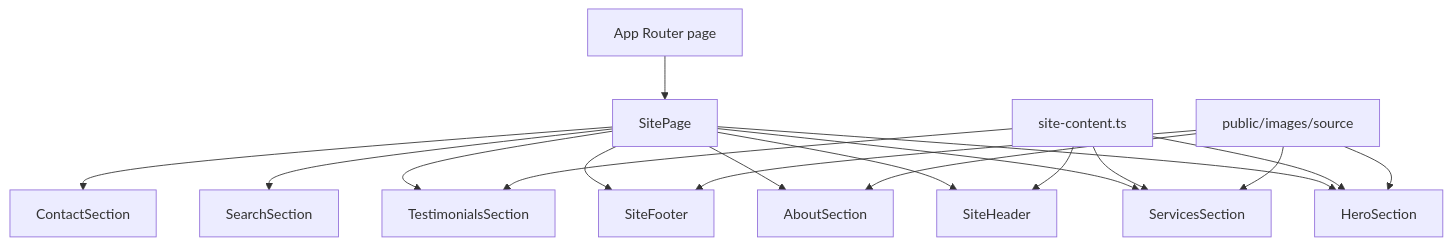
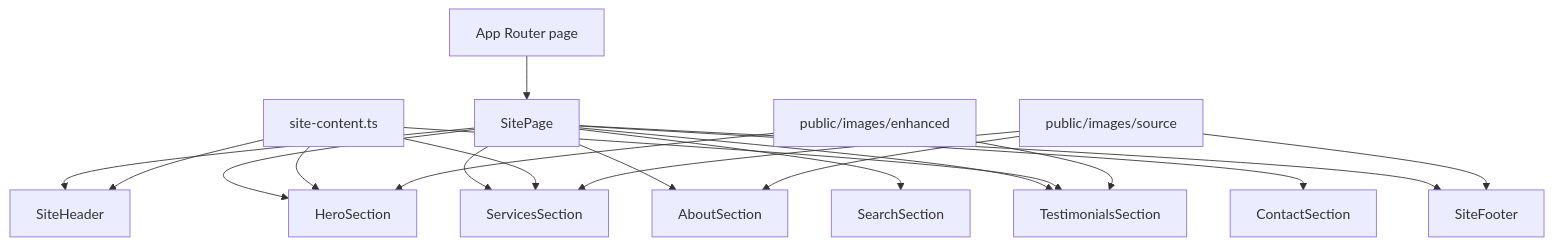
The first of 2 diagrams in README.md (futurehelp/tramco), drawn with Mermaid before and after one commit. The commit also changed other lines of this file and 13 other files, not shown here.

````diff
--- a/README.md
+++ b/README.md
@@ -18,20 +21,21 @@
 ```mermaid
 flowchart TD
   Route[App Router page] --> Composition[SitePage]
   Composition --> Header[SiteHeader]
   Composition --> Hero[HeroSection]
   Composition --> Services[ServicesSection]
   Composition --> About[AboutSection]
   Composition --> Search[SearchSection]
   Composition --> Testimonials[TestimonialsSection]
   Composition --> Contact[ContactSection]
   Composition --> Footer[SiteFooter]
   Content[site-content.ts] --> Header
   Content --> Hero
   Content --> Services
   Content --> Testimonials
-  Assets[public/images/source] --> Hero
-  Assets --> Services
-  Assets --> About
-  Assets --> Footer
+  SourceAssets[public/images/source] --> Services
+  SourceAssets --> About
+  SourceAssets --> Footer
+  EnhancedAssets[public/images/enhanced] --> Hero
+  EnhancedAssets --> Testimonials
 ```
````
